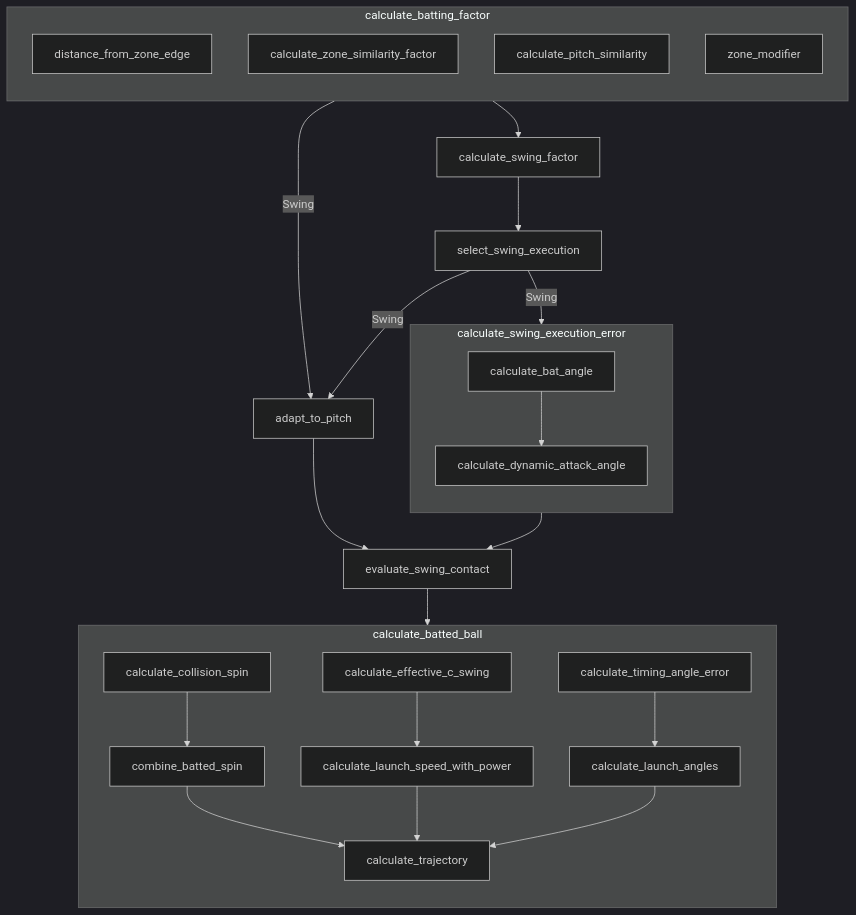
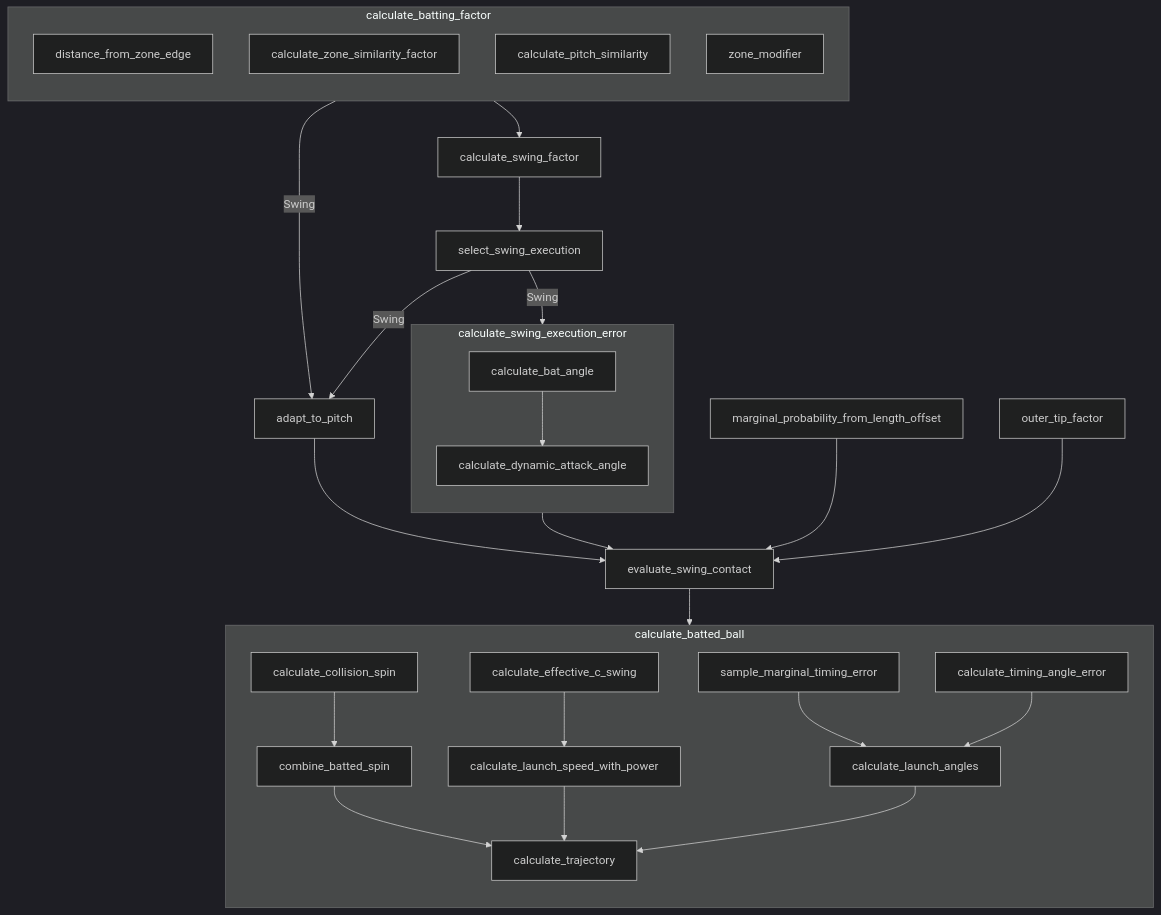
Before and after one commit to torafugu/saberbb: the diagram in docs/mmd/batting_diagram.mmd, drawn with Mermaid (dark theme). The commit also changed 14 other files, not shown here.

Commit message:
marginal_probability_from_length_offset and outer_tip_factor were added.

```diff
--- a/docs/mmd/batting_diagram.mmd
+++ b/docs/mmd/batting_diagram.mmd
@@ -1,28 +1,32 @@
 flowchart TD
     
     subgraph calculate_batting_factor
         direction TB
         distance_from_zone_edge
         calculate_zone_similarity_factor
         calculate_pitch_similarity
         zone_modifier
     end
     
     calculate_batting_factor --> |Swing|adapt_to_pitch
     calculate_batting_factor --> calculate_swing_factor
     calculate_swing_factor --> select_swing_execution
     select_swing_execution --> |Swing|adapt_to_pitch --> evaluate_swing_contact
     select_swing_execution --> |Swing|calculate_swing_execution_error --> evaluate_swing_contact
+    marginal_probability_from_length_offset --> evaluate_swing_contact
+    outer_tip_factor --> evaluate_swing_contact
     evaluate_swing_contact --> calculate_batted_ball
 
     subgraph calculate_swing_execution_error
         direction TB
         calculate_bat_angle --> calculate_dynamic_attack_angle
     end
 
     subgraph calculate_batted_ball
         direction TB
         calculate_collision_spin --> combine_batted_spin --> calculate_trajectory
         calculate_effective_c_swing --> calculate_launch_speed_with_power --> calculate_trajectory
-        calculate_timing_angle_error --> calculate_launch_angles --> calculate_trajectory
+        sample_marginal_timing_error --> calculate_launch_angles
+        calculate_timing_angle_error --> calculate_launch_angles
+        calculate_launch_angles --> calculate_trajectory
     end
```
